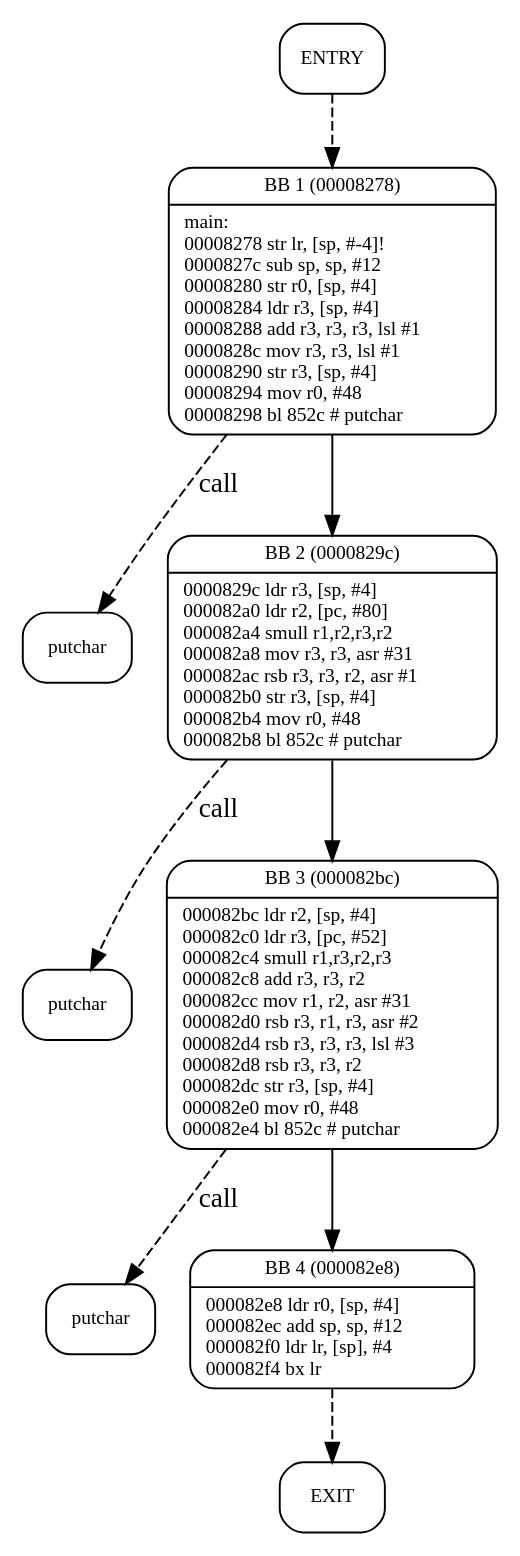
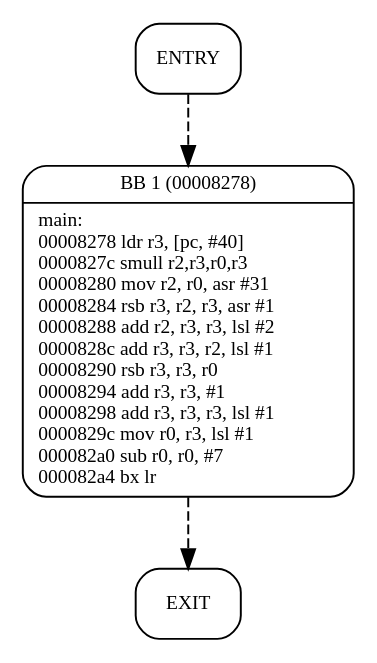
One commit to Dune-jr/pathfinder changed the diagram in benchmarks/arithexpr_seq/arithexpr_seq.dot. Above: the diagram before and after it, drawn with Graphviz. The commit also changed 7 other files, not shown here.

```diff
--- a/benchmarks/arithexpr_seq/arithexpr_seq.dot
+++ b/benchmarks/arithexpr_seq/arithexpr_seq.dot
@@ -1,20 +1,8 @@
 digraph main{
 node [shape=Mrecord, labeljust=l, fontsize=10];
 	"0" [label="ENTRY"]
 	"0" -> "1" [style=dashed, weight=1];
-	"1" [label="{BB 1 (00008278) | main:\l00008278    str lr, [sp, #-4]!\l0000827c    sub sp, sp, #12\l00008280    str r0, [sp, #4]\l00008284    ldr r3, [sp, #4]\l00008288    add r3, r3, r3, lsl #1\l0000828c    mov r3, r3, lsl #1\l00008290    str r3, [sp, #4]\l00008294    mov r0, #48\l00008298    bl 852c    # putchar\l }"]
-	"00000000007f9a60putchar" [label="putchar"]
-	"1" -> "00000000007f9a60putchar" [label="call", style=dashed, weight=1]
-	"1" -> "2" [weight=4];
-	"2" [label="{BB 2 (0000829c) | 0000829c    ldr r3, [sp, #4]\l000082a0    ldr r2, [pc, #80]\l000082a4    smull r1,r2,r3,r2\l000082a8    mov r3, r3, asr #31\l000082ac    rsb r3, r3, r2, asr #1\l000082b0    str r3, [sp, #4]\l000082b4    mov r0, #48\l000082b8    bl 852c    # putchar\l }"]
-	"00000000007f99e0putchar" [label="putchar"]
-	"2" -> "00000000007f99e0putchar" [label="call", style=dashed, weight=1]
-	"2" -> "3" [weight=4];
-	"3" [label="{BB 3 (000082bc) | 000082bc    ldr r2, [sp, #4]\l000082c0    ldr r3, [pc, #52]\l000082c4    smull r1,r3,r2,r3\l000082c8    add r3, r3, r2\l000082cc    mov r1, r2, asr #31\l000082d0    rsb r3, r1, r3, asr #2\l000082d4    rsb r3, r3, r3, lsl #3\l000082d8    rsb r3, r3, r2\l000082dc    str r3, [sp, #4]\l000082e0    mov r0, #48\l000082e4    bl 852c    # putchar\l }"]
-	"00000000007f94e0putchar" [label="putchar"]
-	"3" -> "00000000007f94e0putchar" [label="call", style=dashed, weight=1]
-	"3" -> "4" [weight=4];
-	"4" [label="{BB 4 (000082e8) | 000082e8    ldr r0, [sp, #4]\l000082ec    add sp, sp, #12\l000082f0    ldr lr, [sp], #4\l000082f4    bx lr\l }"]
-	"4" -> "5" [style=dashed, weight=1];
-	"5" [label="EXIT"]
+	"1" [label="{BB 1 (00008278) | main:\l00008278    ldr r3, [pc, #40]\l0000827c    smull r2,r3,r0,r3\l00008280    mov r2, r0, asr #31\l00008284    rsb r3, r2, r3, asr #1\l00008288    add r2, r3, r3, lsl #2\l0000828c    add r3, r3, r2, lsl #1\l00008290    rsb r3, r3, r0\l00008294    add r3, r3, #1\l00008298    add r3, r3, r3, lsl #1\l0000829c    mov r0, r3, lsl #1\l000082a0    sub r0, r0, #7\l000082a4    bx lr\l }"]
+	"1" -> "2" [style=dashed, weight=1];
+	"2" [label="EXIT"]
 }
```
